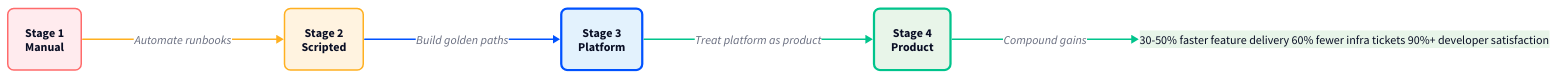
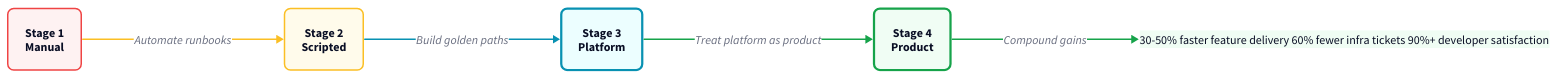
Before and after one commit to muskanbandta23/zopebooks: the diagram in books/platform-engineering/diagrams/platform-maturity-stages.d2, drawn with D2. The commit also changed 53 other files, not shown here.

```diff
--- a/books/platform-engineering/diagrams/platform-maturity-stages.d2
+++ b/books/platform-engineering/diagrams/platform-maturity-stages.d2
@@ -1,95 +1,95 @@
 # Platform Engineering Maturity Stages
 # Purpose: Show the 4-stage maturity model from manual ops to self-service IDP
-# Brand: Zopdev (#0052FF primary, #00C48C success, #FFB020 warning, #FF6B6B danger)
+# Brand: Zopdev (#0891b2 primary, #16a34a success, #fbbf24 warning, #ef4444 danger)
 
 direction: right
 
 vars: {
   d2-config: {
     layout-engine: elk
     pad: 24
   }
 }
 
 stage1: Stage 1\nManual {
   shape: rectangle
-  style.fill: "#ffebee"
-  style.stroke: "#FF6B6B"
+  style.fill: "#fef2f2"
+  style.stroke: "#ef4444"
   style.stroke-width: 2
   style.border-radius: 8
 
   desc: |md
     Tickets to ops team
     Days to get infrastructure
     No self-service
   |
 }
 
 stage2: Stage 2\nScripted {
   shape: rectangle
-  style.fill: "#fff3e0"
-  style.stroke: "#FFB020"
+  style.fill: "#fffbeb"
+  style.stroke: "#fbbf24"
   style.stroke-width: 2
   style.border-radius: 8
 
   desc: |md
     Runbooks + scripts
     Hours to provision
     Dev-ops collaboration
   |
 }
 
 stage3: Stage 3\nPlatform {
   shape: rectangle
-  style.fill: "#e3f2fd"
-  style.stroke: "#0052FF"
+  style.fill: "#ecfeff"
+  style.stroke: "#0891b2"
   style.stroke-width: 3
   style.border-radius: 8
 
   desc: |md
     Golden paths available
     Minutes to self-serve
     Internal portal (Backstage)
   |
 }
 
 stage4: Stage 4\nProduct {
   shape: rectangle
-  style.fill: "#e8f5e9"
-  style.stroke: "#00C48C"
+  style.fill: "#f0fdf4"
+  style.stroke: "#16a34a"
   style.stroke-width: 3
   style.border-radius: 8
 
   desc: |md
     SLOs + cost attribution
     Seconds via automation
     Platform as a product
   |
 }
 
 impact: Developer Productivity {
   shape: rectangle
-  style.fill: "#e8f5e9"
-  style.stroke: "#00C48C"
+  style.fill: "#f0fdf4"
+  style.stroke: "#16a34a"
   style.border-radius: 8
 
   label: |md
     30-50% faster feature delivery
     60% fewer infra tickets
     90%+ developer satisfaction
   |
 }
 
 stage1 -> stage2: Automate runbooks {
-  style.stroke: "#FFB020"
+  style.stroke: "#fbbf24"
 }
 stage2 -> stage3: Build golden paths {
-  style.stroke: "#0052FF"
+  style.stroke: "#0891b2"
 }
 stage3 -> stage4: Treat platform as product {
-  style.stroke: "#00C48C"
+  style.stroke: "#16a34a"
 }
 stage4 -> impact: Compound gains {
-  style.stroke: "#00C48C"
+  style.stroke: "#16a34a"
   style.stroke-width: 2
 }
```
